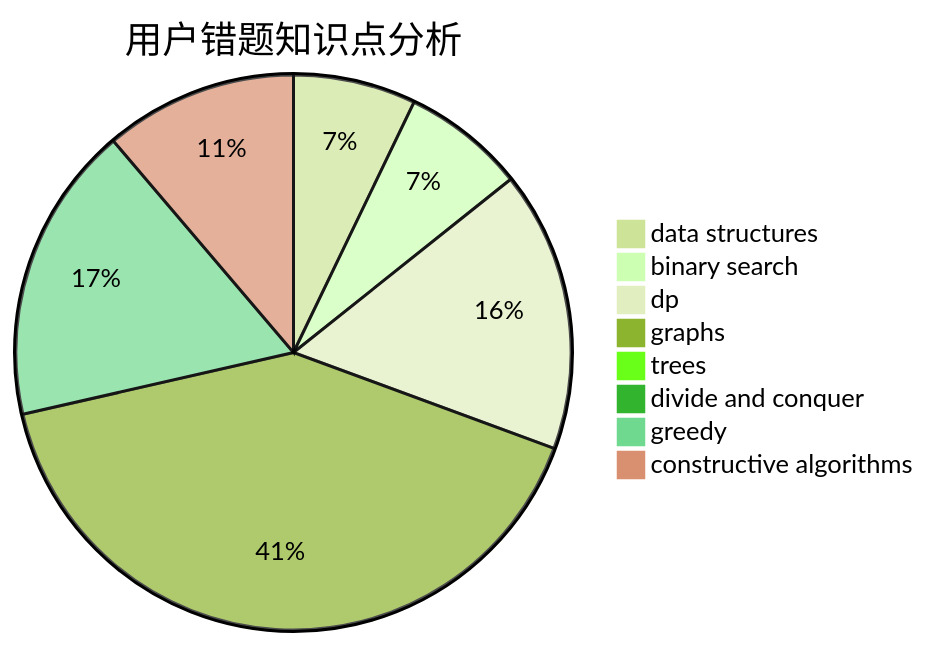
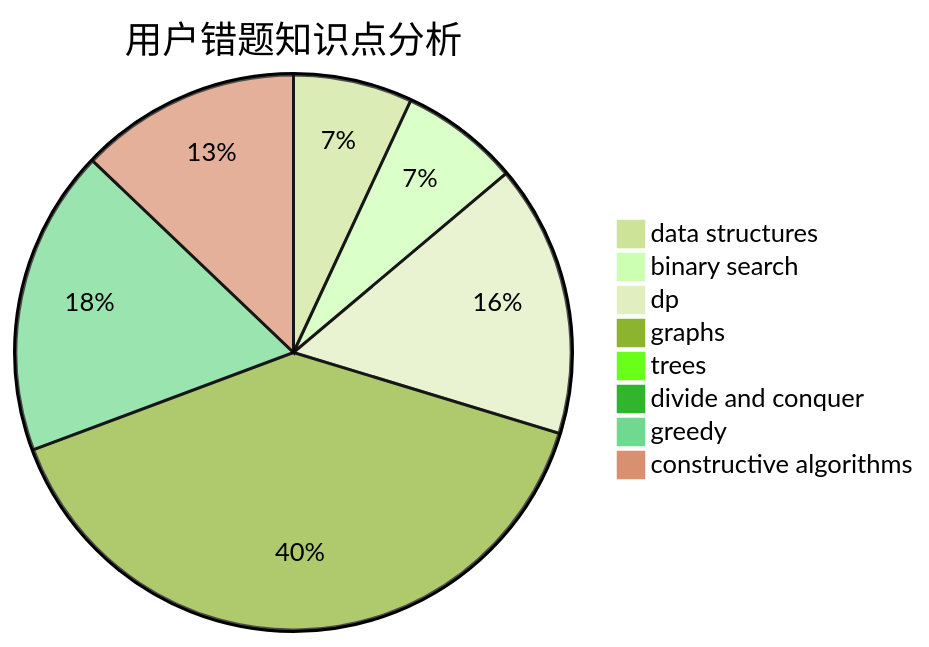
The third of 3 diagrams in docs/user/u512.md (sherpahu/cfrs.github.io), drawn with Mermaid (forest theme) before and after one commit. The commit also changed other lines of this file and 2770 other files, not shown here.

````diff
--- a/docs/user/u512.md
+++ b/docs/user/u512.md
@@ -36,11 +36,11 @@
 ```mermaid
 pie title 用户错题知识点分析
     "data structures" :  7
     "binary search" :  7
     "dp" :  16
     "graphs" :  40
     "trees" :  0
     "divide and conquer" :  0
-    "greedy" :  17
-    "constructive algorithms" :  11
+    "greedy" :  18
+    "constructive algorithms" :  13
 ```
````
